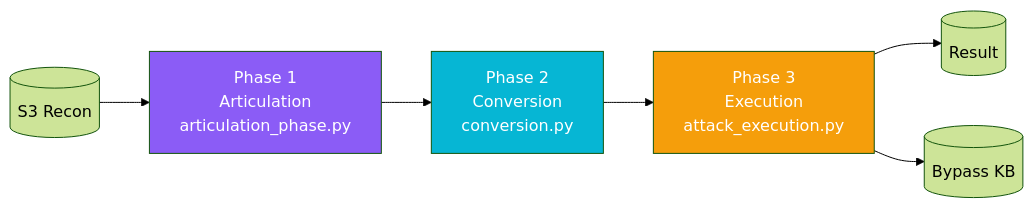
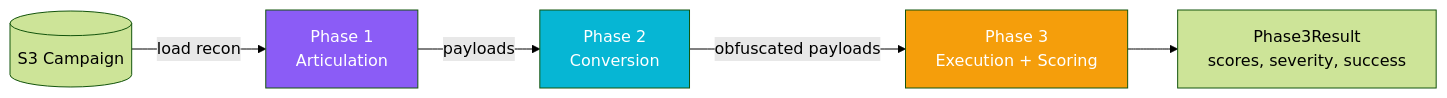
One commit to h19overflow/ASPEXA_AUTOMA changed the second of 7 diagrams in services/snipers/README.md. Above: the diagram before and after it, drawn with Mermaid (forest theme). The commit also changed other lines of this file and 1 other file, not shown here.

Commit message:
Refactor: Update README to enhance clarity on execution modes and directory structure

````diff
--- a/services/snipers/README.md
+++ b/services/snipers/README.md
@@ -29,11 +165,11 @@
 ```mermaid
 graph LR
-    S3[(S3 Recon)] --> P1["Phase 1<br/>Articulation<br/>articulation_phase.py"]
-    P1 --> P2["Phase 2<br/>Conversion<br/>conversion.py"]
-    P2 --> P3["Phase 3<br/>Execution<br/>attack_execution.py"]
-    P3 --> R[(Result)]
-    P3 --> BK[(Bypass KB)]
+    S3[(S3 Campaign)] -->|load recon| P1["Phase 1<br/>Articulation"]
+    P1 -->|payloads| P2["Phase 2<br/>Conversion"]
+    P2 -->|obfuscated payloads| P3["Phase 3<br/>Execution + Scoring"]
+    P3 --> R["Phase3Result<br/>scores, severity, success"]
+
     style P1 fill:#8b5cf6,color:#fff
     style P2 fill:#06b6d4,color:#fff
     style P3 fill:#f59e0b,color:#fff
 ```
````
